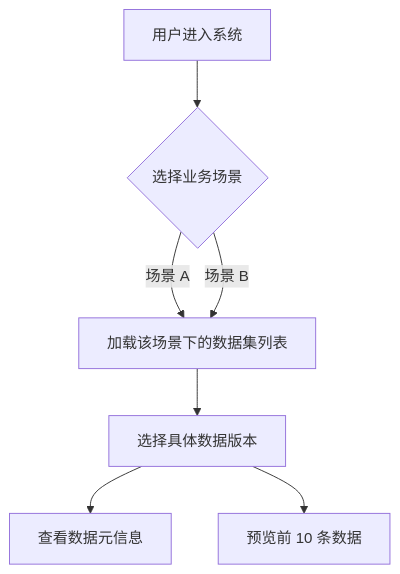
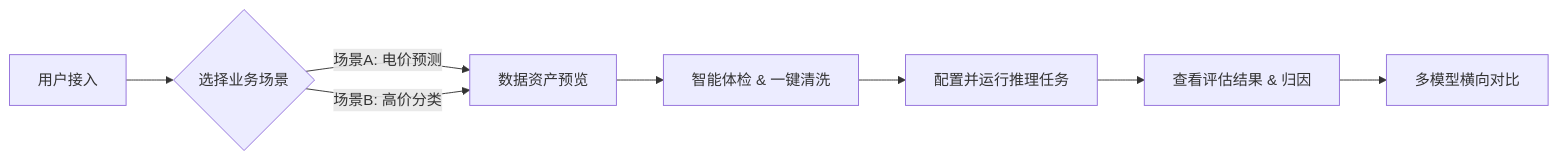
The first of 2 diagrams in docs/System_PRD.md (liulanqioo/limix-pipeline-demo1218), drawn with Mermaid before and after one commit. The commit also changed other lines of this file and 1 other file, not shown here.

````diff
--- a/docs/System_PRD.md
+++ b/docs/System_PRD.md
@@ -33,9 +23,10 @@
 ```mermaid
-graph TD
-    A[用户进入系统] --> B{选择业务场景}
-    B -->|场景 A| C[加载该场景下的数据集列表]
-    B -->|场景 B| C
-    C --> D[选择具体数据版本]
-    D --> E[查看数据元信息]
-    D --> F[预览前 10 条数据]
+graph LR
+    A[用户接入] --> B{选择业务场景}
+    B -->|场景A: 电价预测| C[数据资产预览]
+    B -->|场景B: 高价分类| C
+    C --> D[智能体检 & 一键清洗]
+    D --> E[配置并运行推理任务]
+    E --> F[查看评估结果 & 归因]
+    F --> G[多模型横向对比]
 ```
````
